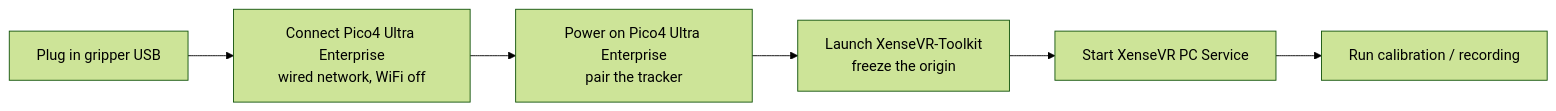
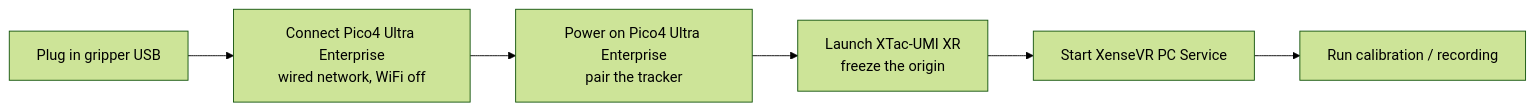
One commit to Vertax42/taccap-gripper-docs changed the diagram in docs/03-host-hardware.en.md. Above: the diagram before and after it, drawn with Mermaid (forest theme). The commit also changed other lines of this file and 6 other files, not shown here.

First line of the commit message:
docs: rename XenseVR-Toolkit to XTac-UMI XR

````diff
--- a/docs/03-host-hardware.en.md
+++ b/docs/03-host-hardware.en.md
@@ -418,8 +418,8 @@
 ```mermaid
 flowchart LR
     A[Plug in gripper USB] --> N[Connect Pico4 Ultra Enterprise<br/>wired network, WiFi off]
     N --> B[Power on Pico4 Ultra Enterprise<br/>pair the tracker]
-    B --> C[Launch XenseVR-Toolkit<br/>freeze the origin]
+    B --> C[Launch XTac-UMI XR<br/>freeze the origin]
     C --> D[Start XenseVR PC Service]
     D --> E[Run calibration / recording]
 ```
````
